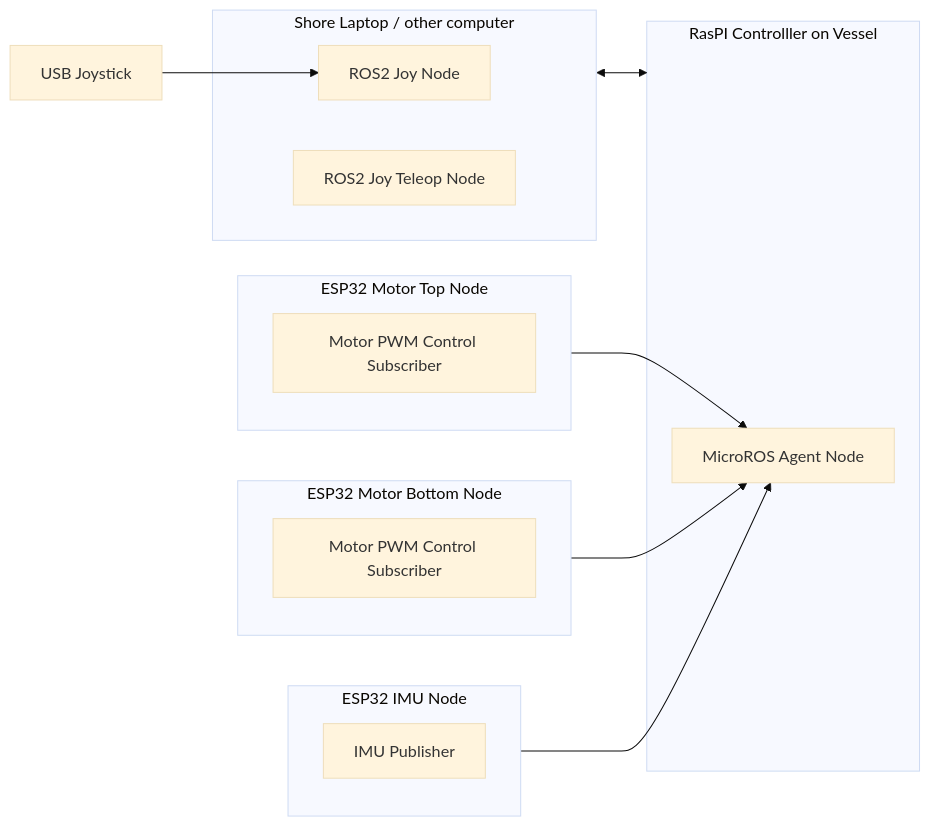
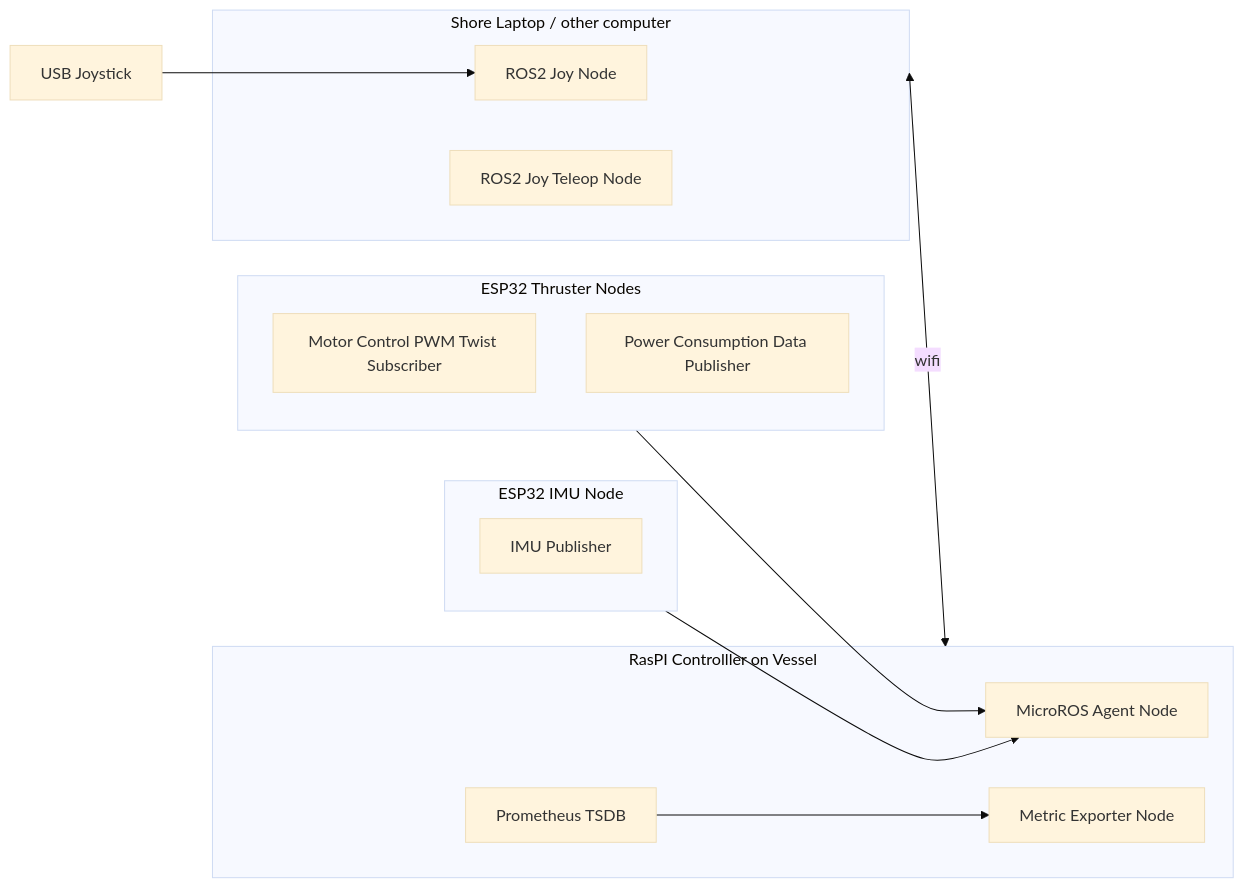
The second of 2 diagrams in docs/ROS2-Implementation/architecture.md (JeffreyDD/minisub), drawn with Mermaid (base theme) before and after one commit. The commit also changed other lines of this file and 8 other files, not shown here.

````diff
--- a/docs/ROS2-Implementation/architecture.md
+++ b/docs/ROS2-Implementation/architecture.md
@@ -28,28 +28,29 @@
 ```mermaid
 flowchart LR
     joystick[USB Joystick]-->joy_node
     subgraph laptop [Shore Laptop / other computer]
         joy_node[ROS2 Joy Node]
         joy_teleop_node[ROS2 Joy Teleop Node]
     end
     
     subgraph controller [RasPI Controlller on Vessel]
         agent_node[MicroROS Agent Node]
+        metric_exporter_node[Metric Exporter Node]
+        prometheus[Prometheus TSDB]
+
+        prometheus-->metric_exporter_node
     end
 
-    laptop<-->controller
+    laptop<-- wifi -->controller
 
-    subgraph motor_1_node [ESP32 Motor Top Node]
-        motor_1_sub[Motor PWM Control Subscriber]
-    end
-    subgraph motor_2_node [ESP32 Motor Bottom Node]
-        motor_2_sub[Motor PWM Control Subscriber]
+    subgraph thruster_node [ESP32 Thruster Nodes]
+        thruster_twist_sub[Motor Control PWM Twist Subscriber]
+        thruster_power_pub[Power Consumption Data Publisher]
     end
     subgraph imu_node [ESP32 IMU Node]
         imu_pub[IMU Publisher]
     end
 
-    motor_1_node-->agent_node
-    motor_2_node-->agent_node
+    thruster_node-->agent_node
     imu_node-->agent_node
 ```
````
